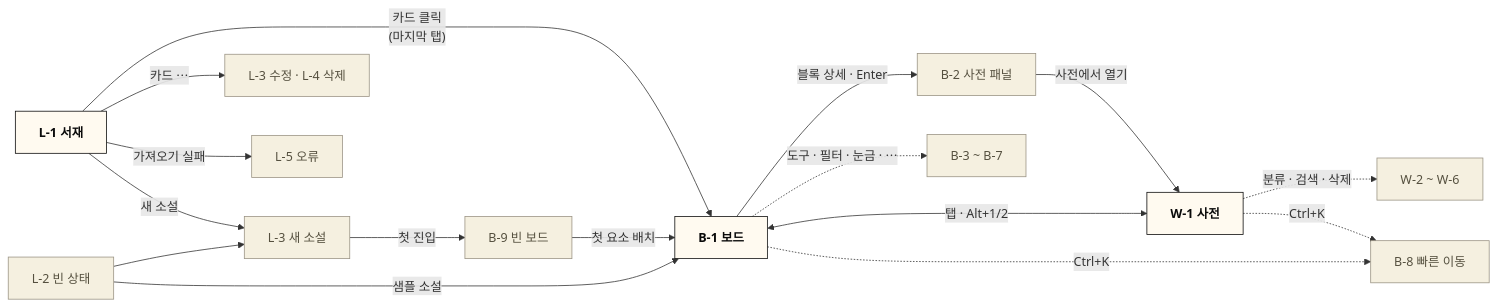
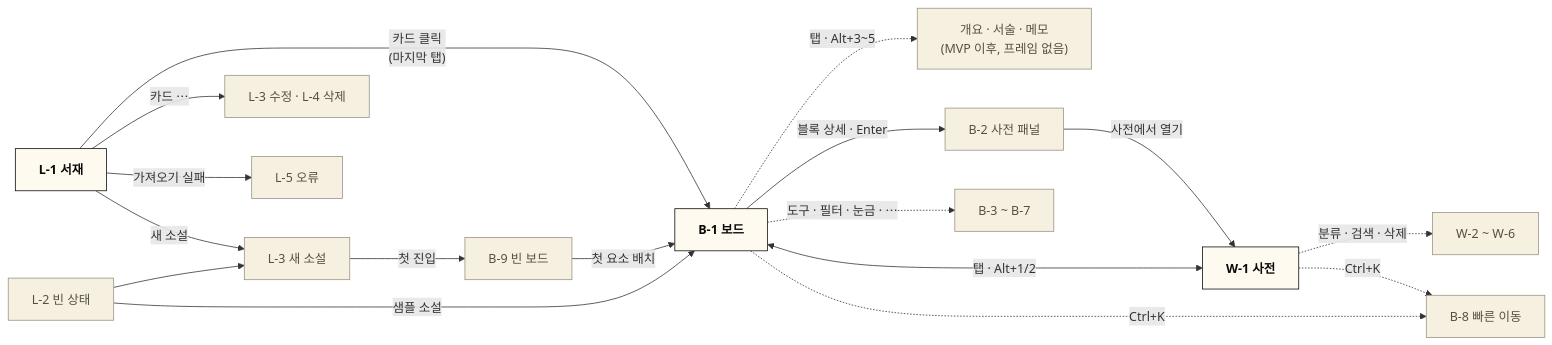
One commit to kty2001/NovelStory changed the diagram in docs/design/wireframe.md. Above: the diagram before and after it, drawn with Mermaid. The commit also changed other lines of this file and 11 other files, not shown here.

````diff
--- a/docs/design/wireframe.md
+++ b/docs/design/wireframe.md
@@ -13,22 +13,23 @@
 ```mermaid
 %%{init: {"flowchart": {"wrappingWidth": 320}}}%%
 flowchart LR
     EMPTY["L-2 빈 상태"]:::sub --> NEW
     EMPTY -->|"샘플 소설"| BOARD
     NEW -->|"첫 진입"| EB["B-9 빈 보드"]:::sub
     EB -->|"첫 요소 배치"| BOARD
     LIB["<b>L-1 서재</b>"] -->|"새 소설"| NEW["L-3 새 소설"]:::sub
     LIB -->|"카드 ⋯"| DEL["L-3 수정 · L-4 삭제"]:::sub
     LIB -->|"가져오기 실패"| ERR["L-5 오류"]:::sub
     LIB -->|"카드 클릭<br/>(마지막 탭)"| BOARD["<b>B-1 보드</b>"]
     BOARD <-->|"탭 · Alt+1/2"| WIKI["<b>W-1 사전</b>"]
+    BOARD -.->|"탭 · Alt+3~5"| LATER["개요 · 서술 · 메모<br/>(MVP 이후, 프레임 없음)"]:::sub
     BOARD -->|"블록 상세 · Enter"| PANEL["B-2 사전 패널"]:::sub
     PANEL -->|"사전에서 열기"| WIKI
     BOARD -.->|"도구 · 필터 · 눈금 · ⋯"| BSUB["B-3 ~ B-7"]:::sub
     WIKI -.->|"분류 · 검색 · 삭제"| WSUB["W-2 ~ W-6"]:::sub
     BOARD -.->|"Ctrl+K"| QK["B-8 빠른 이동"]:::sub
     WIKI -.->|"Ctrl+K"| QK
 
     classDef default fill:#fffaf0,stroke:#0a0a0a,color:#0a0a0a
     classDef sub fill:#f5f0e0,stroke:#9a9384,color:#55503f
 ```
````
